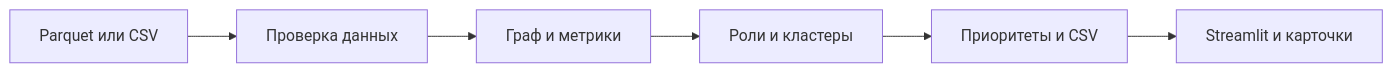
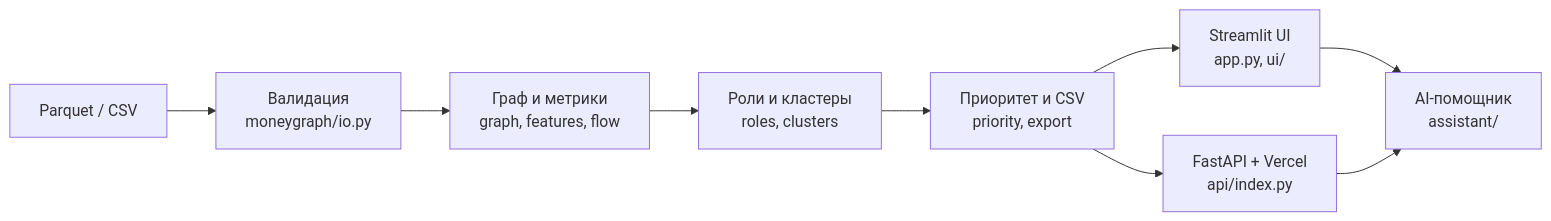
Before and after one commit to BAITC-Hacks/hack-db041ec5-team: the diagram in README.md, drawn with Mermaid. The commit also changed other lines of this file and 3 other files, not shown here.

````diff
--- a/README.md
+++ b/README.md
@@ -107,8 +115,10 @@
 ```mermaid
 flowchart LR
-    A[Parquet или CSV] --> B[Проверка данных]
-    B --> C[Граф и метрики]
-    C --> D[Роли и кластеры]
-    D --> E[Приоритеты и CSV]
-    E --> F[Streamlit и карточки]
+    A[Parquet / CSV] --> B[Валидация<br/>moneygraph/io.py]
+    B --> C[Граф и метрики<br/>graph, features, flow]
+    C --> D[Роли и кластеры<br/>roles, clusters]
+    D --> E[Приоритет и CSV<br/>priority, export]
+    E --> F[Streamlit UI<br/>app.py, ui/]
+    E --> G[FastAPI + Vercel<br/>api/index.py]
+    F & G --> H[AI-помощник<br/>assistant/]
 ```
````
